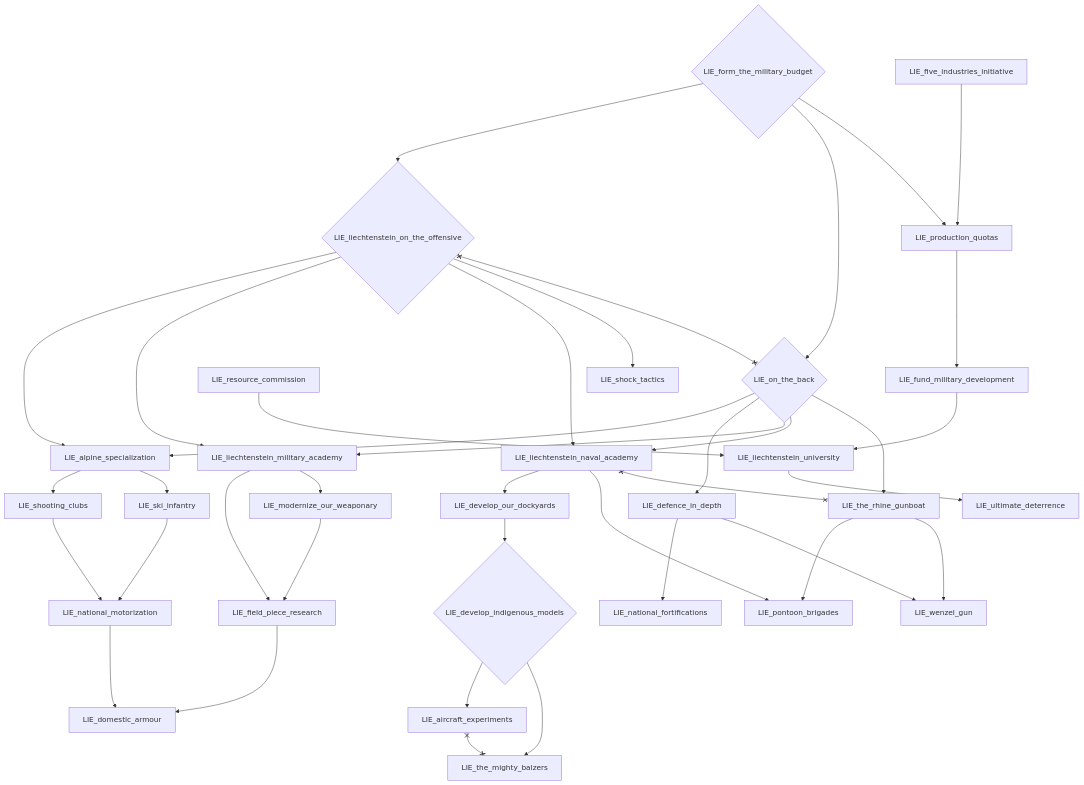
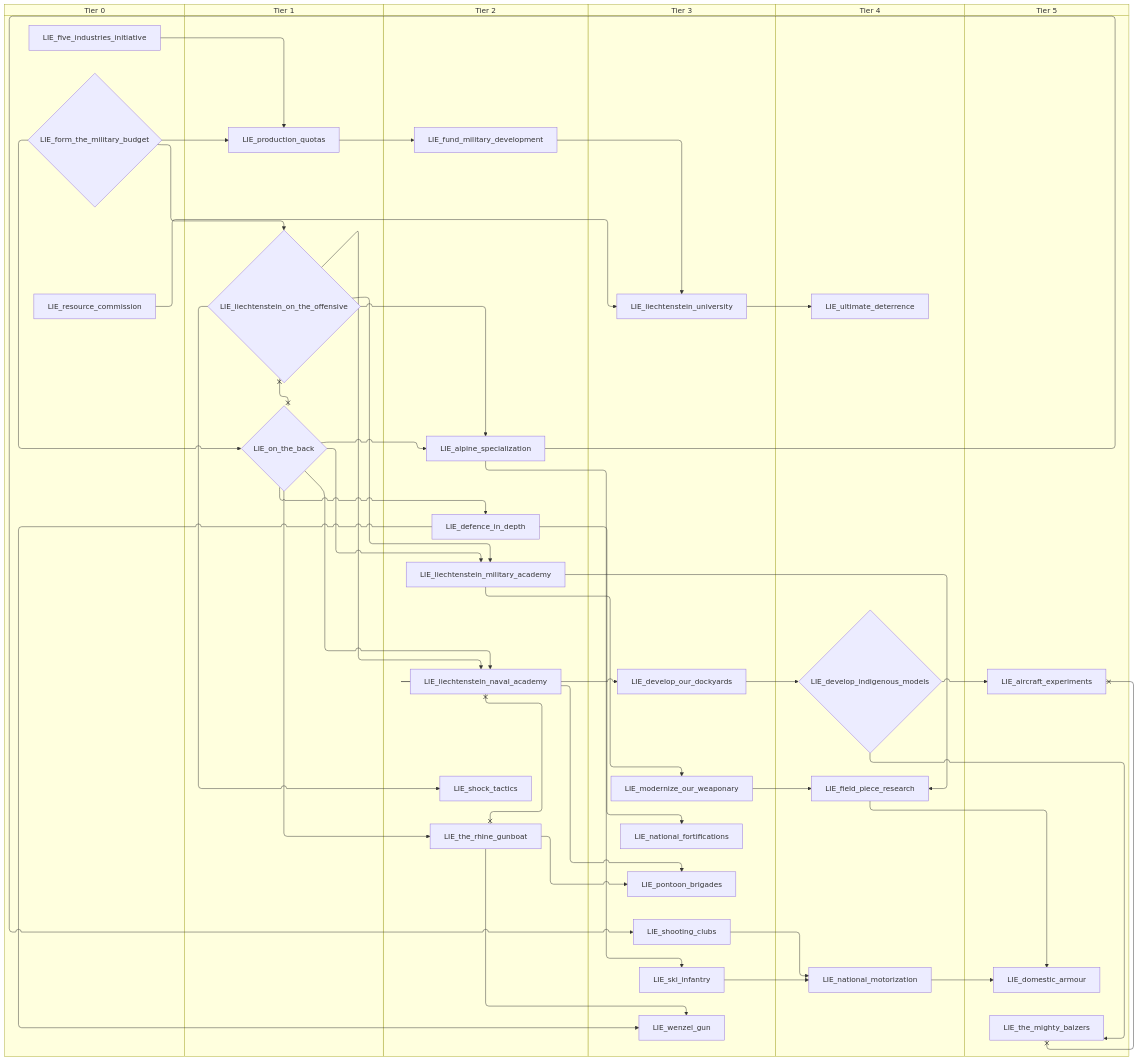
Before and after one commit to evgeny-sobol/hoi4-sandbox-mode-r56: the third of 6 diagrams in docs/gdd/National Focuses/r56/liechtenstein.md, drawn with Mermaid. The commit also changed other lines of this file and 423 other files, not shown here.

First line of the commit message:
Re-export Rt56 focus trees as swimlane diagrams

````diff
--- a/docs/gdd/National Focuses/r56/liechtenstein.md
+++ b/docs/gdd/National Focuses/r56/liechtenstein.md
@@ -150,69 +176,81 @@
 ```mermaid
-flowchart TD
-    n63["LIE_aircraft_experiments"]
-    n64["LIE_alpine_specialization"]
-    n65["LIE_defence_in_depth"]
-    n66{"LIE_develop_indigenous_models"}
-    n67["LIE_develop_our_dockyards"]
-    n68["LIE_domestic_armour"]
-    n69["LIE_field_piece_research"]
-    n54["LIE_five_industries_initiative"]
-    n55{"LIE_form_the_military_budget"}
-    n56["LIE_fund_military_development"]
-    n70["LIE_liechtenstein_military_academy"]
-    n71["LIE_liechtenstein_naval_academy"]
-    n72{"LIE_liechtenstein_on_the_offensive"}
-    n57["LIE_liechtenstein_university"]
-    n73["LIE_modernize_our_weaponary"]
-    n74["LIE_national_fortifications"]
-    n75["LIE_national_motorization"]
-    n76{"LIE_on_the_back"}
-    n77["LIE_pontoon_brigades"]
-    n58["LIE_production_quotas"]
-    n59["LIE_resource_commission"]
-    n78["LIE_shock_tactics"]
-    n79["LIE_shooting_clubs"]
-    n80["LIE_ski_infantry"]
-    n81["LIE_the_mighty_balzers"]
-    n82["LIE_the_rhine_gunboat"]
-    n62["LIE_ultimate_deterrence"]
-    n83["LIE_wenzel_gun"]
-    n66 --> n63
-    n72 --> n64
-    n76 --> n64
-    n76 --> n65
-    n67 --> n66
-    n71 --> n67
-    n69 --> n68
-    n75 --> n68
-    n70 --> n69
-    n73 --> n69
-    n58 --> n56
-    n72 --> n70
-    n76 --> n70
-    n72 --> n71
-    n76 --> n71
-    n55 --> n72
-    n56 --> n57
-    n59 --> n57
-    n70 --> n73
-    n65 --> n74
-    n80 --> n75
-    n79 --> n75
-    n55 --> n76
-    n82 --> n77
-    n71 --> n77
-    n55 --> n58
-    n54 --> n58
-    n72 --> n78
-    n64 --> n79
-    n64 --> n80
-    n66 --> n81
-    n76 --> n82
-    n57 --> n62
-    n65 --> n83
-    n82 --> n83
-    n63 x--x n81
-    n71 x--x n82
-    n72 x--x n76
+swimlane-beta TD
+    subgraph tier_0["Tier 0"]
+        n52["LIE_five_industries_initiative"]
+        n53{"LIE_form_the_military_budget"}
+        n59["LIE_resource_commission"]
+    end
+    subgraph tier_1["Tier 1"]
+        n63{"LIE_liechtenstein_on_the_offensive"}
+        n64{"LIE_on_the_back"}
+        n57["LIE_production_quotas"]
+    end
+    subgraph tier_2["Tier 2"]
+        n65["LIE_alpine_specialization"]
+        n66["LIE_defence_in_depth"]
+        n58["LIE_fund_military_development"]
+        n67["LIE_liechtenstein_military_academy"]
+        n68["LIE_liechtenstein_naval_academy"]
+        n69["LIE_shock_tactics"]
+        n70["LIE_the_rhine_gunboat"]
+    end
+    subgraph tier_3["Tier 3"]
+        n71["LIE_develop_our_dockyards"]
+        n61["LIE_liechtenstein_university"]
+        n72["LIE_modernize_our_weaponary"]
+        n73["LIE_national_fortifications"]
+        n74["LIE_pontoon_brigades"]
+        n75["LIE_shooting_clubs"]
+        n76["LIE_ski_infantry"]
+        n77["LIE_wenzel_gun"]
+    end
+    subgraph tier_4["Tier 4"]
+        n78{"LIE_develop_indigenous_models"}
+        n79["LIE_field_piece_research"]
+        n80["LIE_national_motorization"]
+        n62["LIE_ultimate_deterrence"]
+    end
+    subgraph tier_5["Tier 5"]
+        n81["LIE_aircraft_experiments"]
+        n82["LIE_domestic_armour"]
+        n83["LIE_the_mighty_balzers"]
+    end
+    n78 --> n81
+    n63 --> n65
+    n64 --> n65
+    n64 --> n66
+    n71 --> n78
+    n68 --> n71
+    n79 --> n82
+    n80 --> n82
+    n67 --> n79
+    n72 --> n79
+    n57 --> n58
+    n63 --> n67
+    n64 --> n67
+    n63 --> n68
+    n64 --> n68
+    n53 --> n63
+    n58 --> n61
+    n59 --> n61
+    n67 --> n72
+    n66 --> n73
+    n76 --> n80
+    n75 --> n80
+    n53 --> n64
+    n70 --> n74
+    n68 --> n74
+    n53 --> n57
+    n52 --> n57
+    n63 --> n69
+    n65 --> n75
+    n65 --> n76
+    n78 --> n83
+    n64 --> n70
+    n61 --> n62
+    n66 --> n77
+    n70 --> n77
+    n81 x--x n83
+    n68 x--x n70
+    n63 x--x n64
 ```
````
